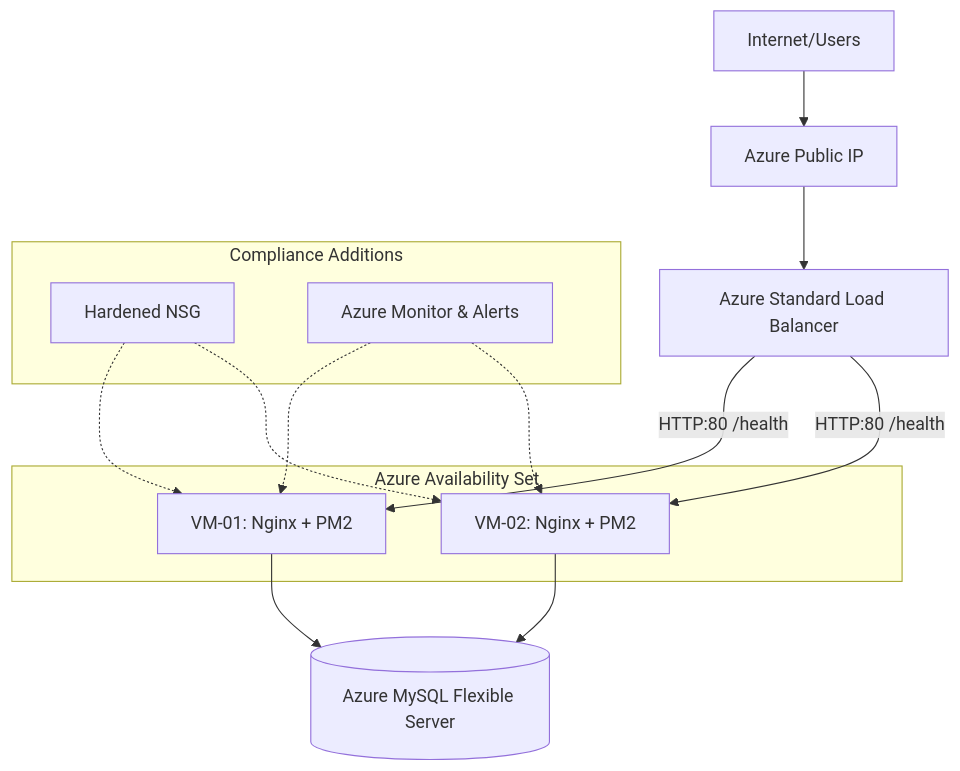
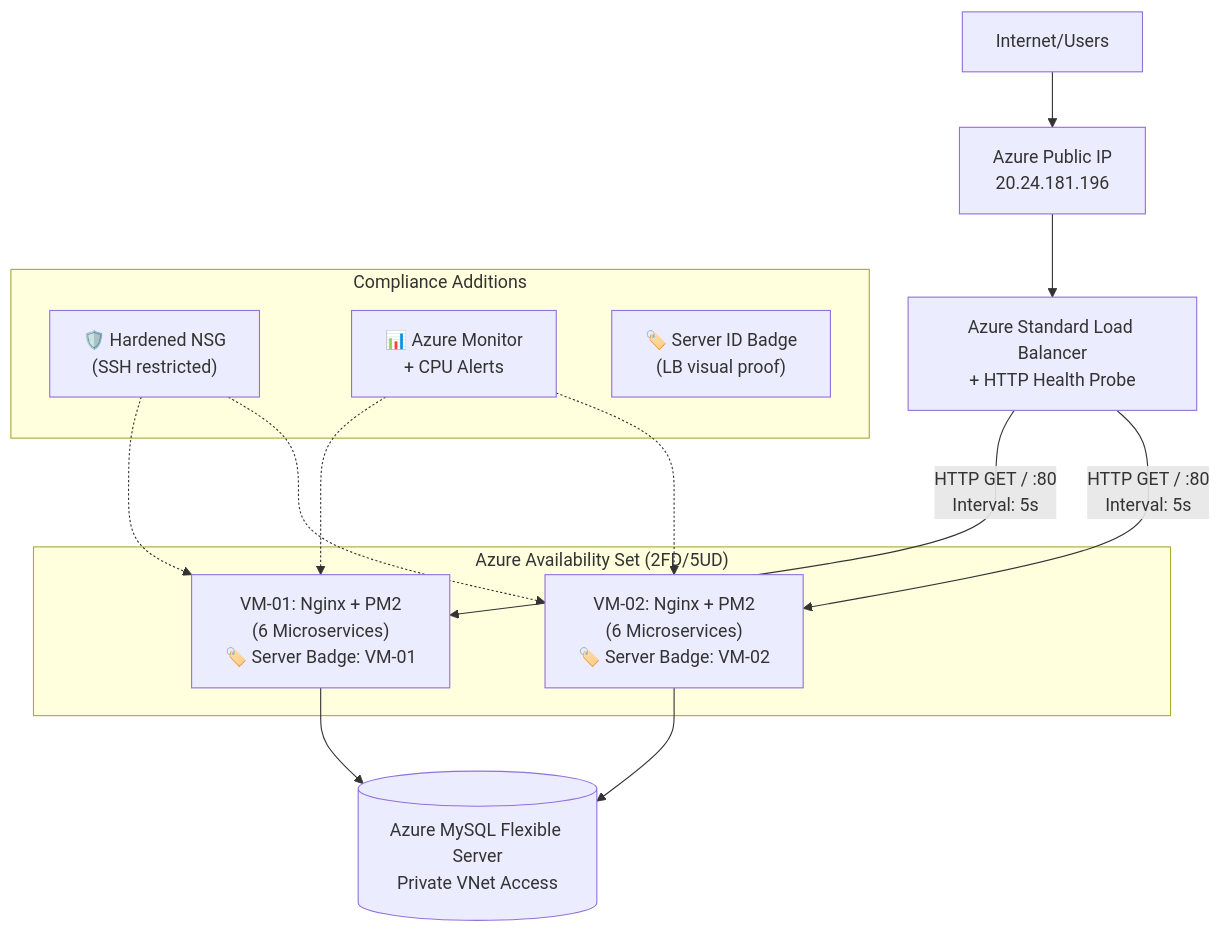
The third of 4 diagrams in docs/Final_Compliance_Report.md (adamyudhistiramuhtar-byte/SistrackV2), drawn with Mermaid before and after one commit. The commit also changed other lines of this file and 15 other files, not shown here.

Commit message:
docs: overhaul project documentation with comprehensive cloud architecture guides and professionalize README content

````diff
--- a/docs/Final_Compliance_Report.md
+++ b/docs/Final_Compliance_Report.md
@@ -65,22 +182,23 @@
 ```mermaid
 graph TD
-    Internet[Internet/Users] --> PIP[Azure Public IP]
-    PIP --> ALB[Azure Standard Load Balancer]
-    subgraph Compute Layer [Azure Availability Set]
-        VM1[VM-01: Nginx + PM2]
-        VM2[VM-02: Nginx + PM2]
+    Internet[Internet/Users] --> PIP[Azure Public IP<br/>20.24.181.196]
+    PIP --> ALB["Azure Standard Load Balancer<br/>+ HTTP Health Probe"]
+    subgraph Compute ["Azure Availability Set (2FD/5UD)"]
+        VM1["VM-01: Nginx + PM2<br/>(6 Microservices)<br/>🏷️ Server Badge: VM-01"]
+        VM2["VM-02: Nginx + PM2<br/>(6 Microservices)<br/>🏷️ Server Badge: VM-02"]
     end
-    ALB -->|HTTP:80 /health| VM1
-    ALB -->|HTTP:80 /health| VM2
-    VM1 --> DB[(Azure MySQL Flexible Server)]
+    ALB -->|"HTTP GET / :80<br/>Interval: 5s"| VM1
+    ALB -->|"HTTP GET / :80<br/>Interval: 5s"| VM2
+    VM1 --> DB[(Azure MySQL Flexible Server<br/>Private VNet Access)]
     VM2 --> DB
     
-    subgraph Compliance Additions
-        NSG[Hardened NSG]
-        Monitor[Azure Monitor & Alerts]
+    subgraph "Compliance Additions"
+        NSG["🛡️ Hardened NSG<br/>(SSH restricted)"]
+        Monitor["📊 Azure Monitor<br/>+ CPU Alerts"]
+        Badge["🏷️ Server ID Badge<br/>(LB visual proof)"]
     end
     NSG -.-> VM1
     NSG -.-> VM2
     Monitor -.-> VM1
     Monitor -.-> VM2
 ```
````
